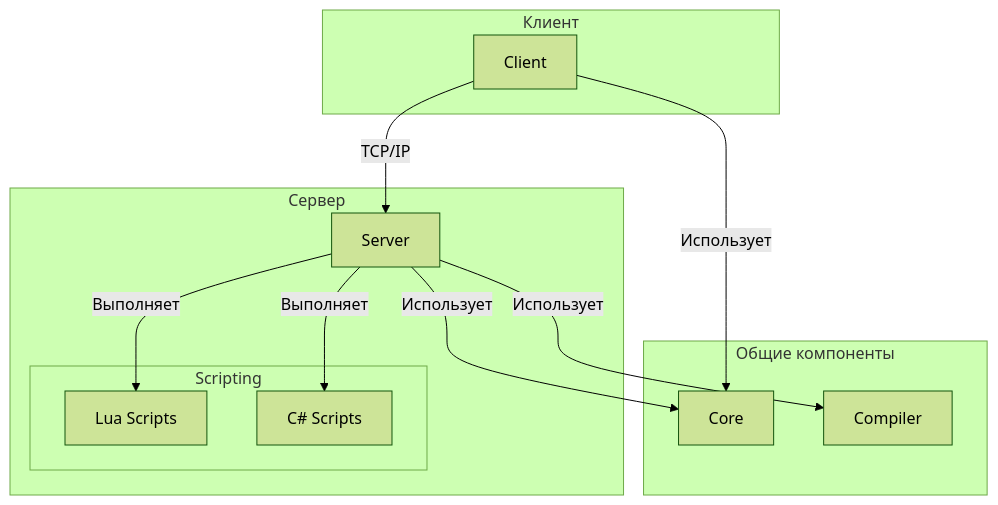
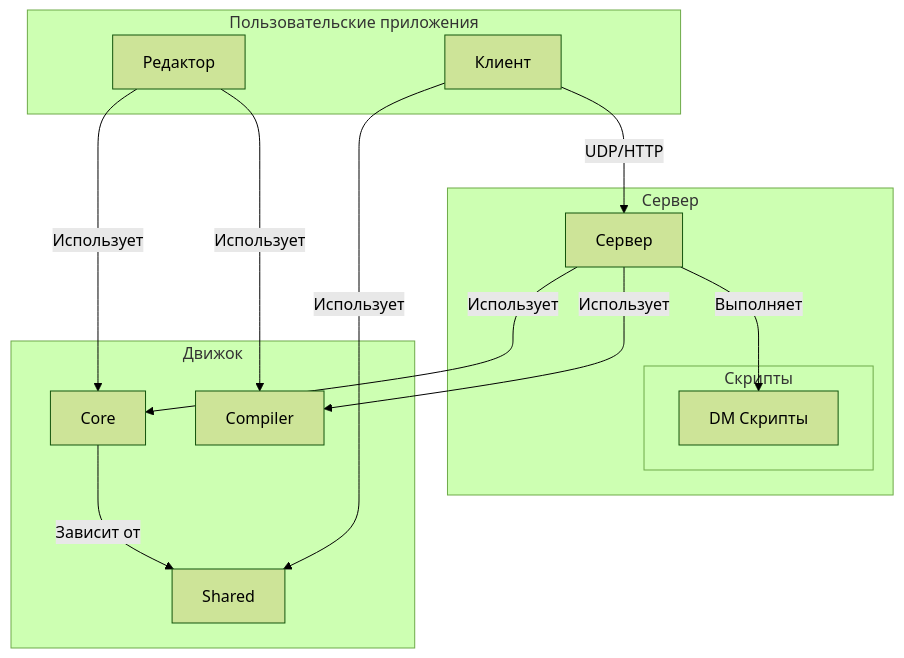
The diagram in docs/ru/architecture.md (jojorwu/BYOND-2.0), drawn with Mermaid (forest theme) before and after one commit. The commit also changed other lines of this file and 9 other files, not shown here.

````diff
--- a/docs/ru/architecture.md
+++ b/docs/ru/architecture.md
@@ -19,26 +36,30 @@
 ```mermaid
 graph TD
-    subgraph Клиент
-        C[Client]
+    subgraph "Пользовательские приложения"
+        C[Клиент]
+        E[Редактор]
     end
 
-    subgraph Сервер
-        S[Server]
-        subgraph Scripting
-            LUA[Lua Scripts]
-            CS[C# Scripts]
+    subgraph "Сервер"
+        S[Сервер]
+        subgraph "Скрипты"
+            DM[DM Скрипты]
         end
     end
 
-    subgraph Общие компоненты
+    subgraph "Движок"
         Co[Core]
+        Sh[Shared]
         CMP[Compiler]
     end
 
-    C -- "TCP/IP" --> S
+    Co -- "Зависит от" --> Sh
     S -- "Использует" --> Co
-    C -- "Использует" --> Co
-    S -- "Выполняет" --> LUA
-    S -- "Выполняет" --> CS
+    C -- "Использует" --> Sh
+    E -- "Использует" --> Co
+    E -- "Использует" --> CMP
     S -- "Использует" --> CMP
+    S -- "Выполняет" --> DM
+
+    C -- "UDP/HTTP" --> S
 ```
````
